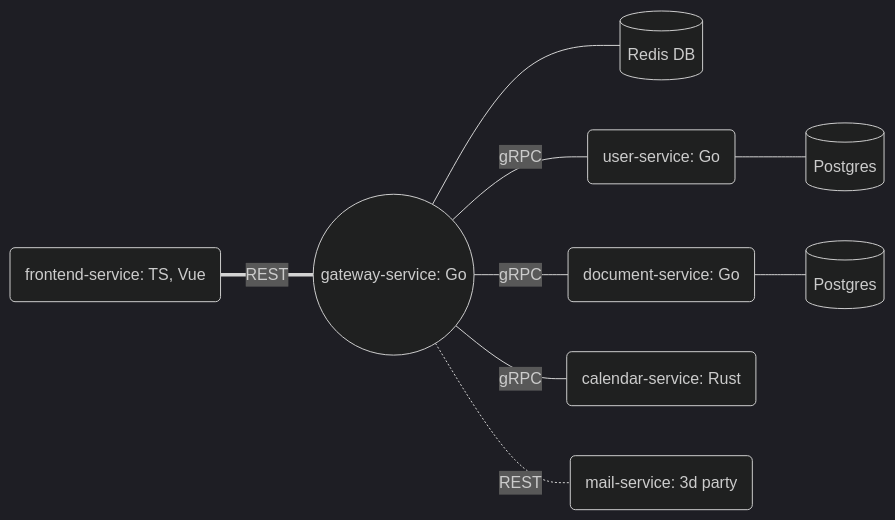
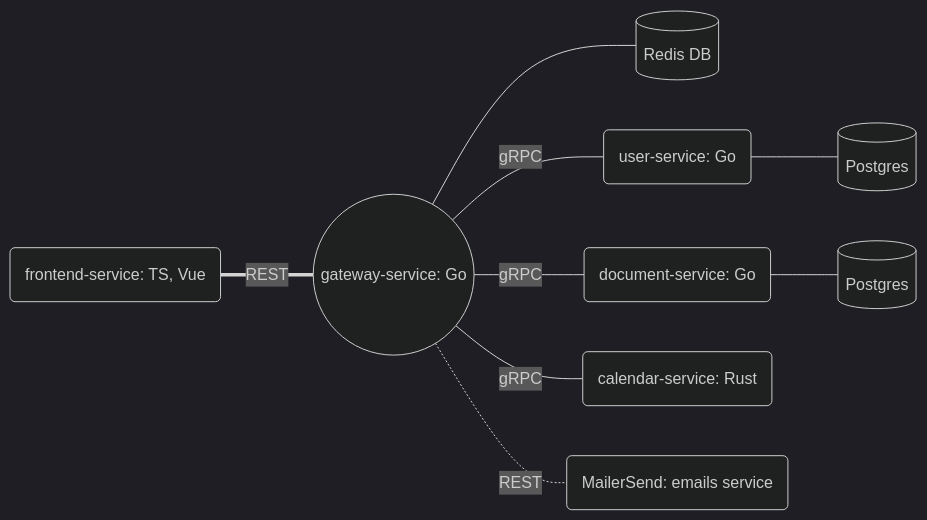
Before and after one commit to samgozman/validity.red: the diagram in README.md, drawn with Mermaid (dark theme).

Commit message:
Add MailerSend presence in schema

````diff
--- a/README.md
+++ b/README.md
@@ -14,14 +14,14 @@
 ```mermaid
 graph LR
     A(frontend-service: TS, Vue) === |REST| B((gateway-service: Go))
     B --- J[(Redis DB)]
     B --- |gRPC| C(user-service: Go) --- F[(Postgres)]
     B --- |gRPC| D(document-service: Go) --- G[(Postgres)]
     B --- |gRPC| E(calendar-service: Rust)
-    B -.- |REST| H(mail-service: 3d party)
+    B -.- |REST| H(MailerSend: emails service)
     click A "https://github.com/samgozman/validity.red/tree/main/frontend-service" "Frontend SPA written in VueJS and TypeScript"
     click B "https://github.com/samgozman/validity.red/tree/main/gateway-service" "Gateway service written in Go"
     click C "https://github.com/samgozman/validity.red/tree/main/user-service" "Users service written in Go"
     click D "https://github.com/samgozman/validity.red/tree/main/document-service" "Documents service written in Go"
     click E "https://github.com/samgozman/validity.red/tree/main/calendar-service" "Calendar service written in Rust"
 ```
````
